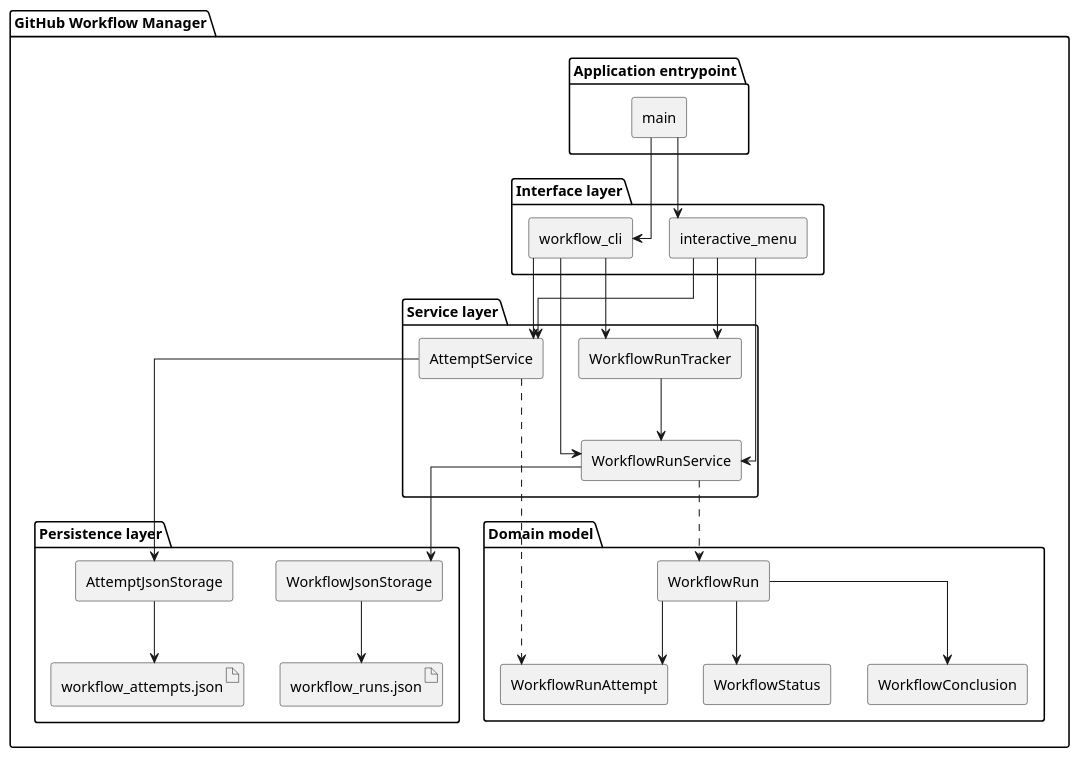
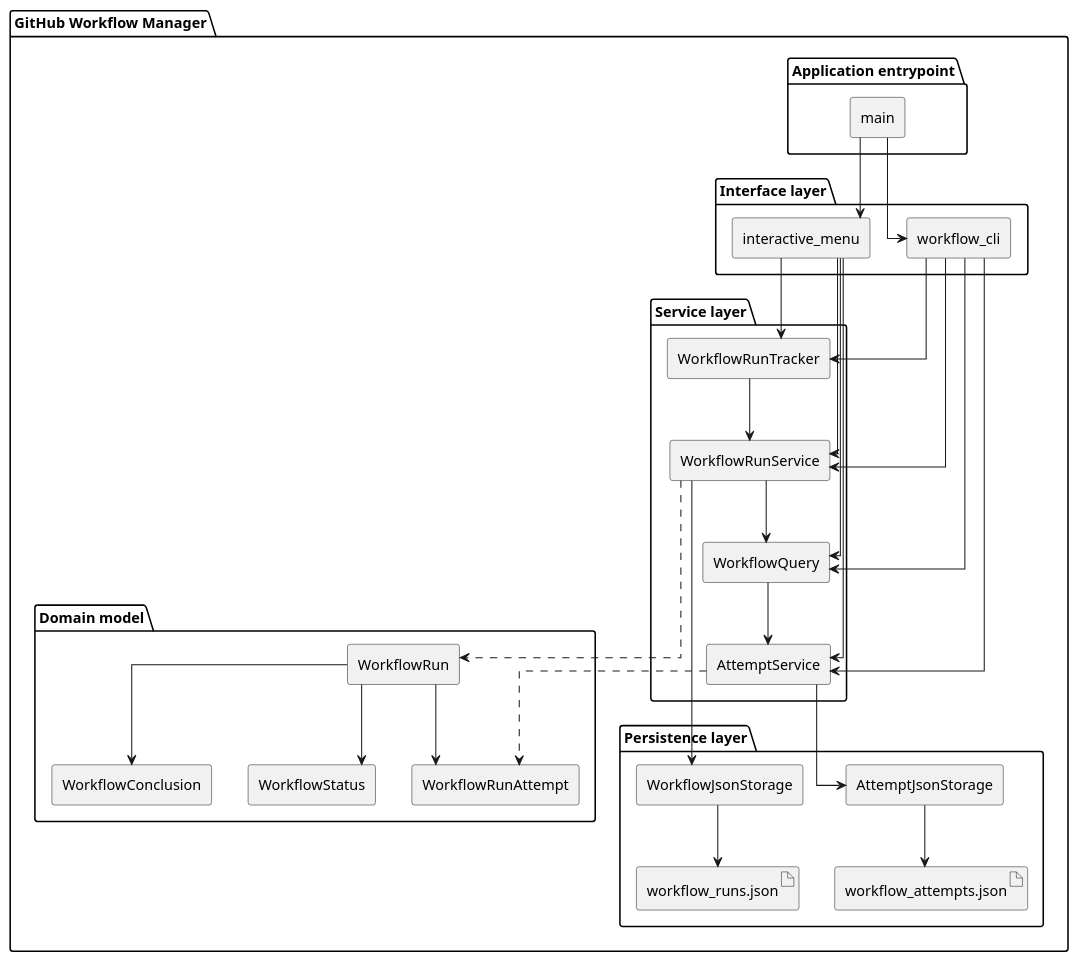
Before and after one commit to DanielRiha8906/Software_autoevolution_using_agents: the diagram in experiments/broadcast/user_stories/github-workflow-manager/artifacts/component_diagram.puml, drawn with PlantUML. The commit also changed 12 other files, not shown here.

```diff
--- a/experiments/broadcast/user_stories/github-workflow-manager/artifacts/component_diagram.puml
+++ b/experiments/broadcast/user_stories/github-workflow-manager/artifacts/component_diagram.puml
@@ -1,63 +1,69 @@
 @startuml component_diagram
 
 skinparam componentStyle rectangle
 skinparam linetype ortho
 top to bottom direction
 
 package "GitHub Workflow Manager" {
 
   package "Application entrypoint" {
     component "main" as MAIN
   }
 
   package "Interface layer" {
     component "workflow_cli" as CLI
     component "interactive_menu" as IM
   }
 
   package "Service layer" {
     component "WorkflowRunTracker" as TRACKER
     component "WorkflowRunService" as SVC
+    component "WorkflowQuery" as QUERY
     component "AttemptService" as ASVC
   }
 
   package "Persistence layer" {
     component "WorkflowJsonStorage" as STOR
     component "AttemptJsonStorage" as ASTOR
     artifact "workflow_runs.json" as JSON_FILE
     artifact "workflow_attempts.json" as ATTEMPT_FILE
   }
 
   package "Domain model" {
     component "WorkflowRun" as RUN
     component "WorkflowRunAttempt" as ATTEMPT
     component "WorkflowStatus" as STATUS
     component "WorkflowConclusion" as CONCLUSION
   }
 }
 
 MAIN --> CLI
 MAIN --> IM
 
 CLI --> TRACKER
 CLI --> ASVC
+CLI --> QUERY
 IM --> TRACKER
 IM --> ASVC
+IM --> QUERY
 
 CLI --> SVC
 IM --> SVC
+
+QUERY --> ASVC
+SVC --> QUERY
 
 TRACKER --> SVC
 SVC --> STOR
 STOR --> JSON_FILE
 
 ASVC --> ASTOR
 ASTOR --> ATTEMPT_FILE
 
 SVC ..> RUN
 ASVC ..> ATTEMPT
 RUN --> ATTEMPT
 RUN --> STATUS
 RUN --> CONCLUSION
 
 @enduml
```
